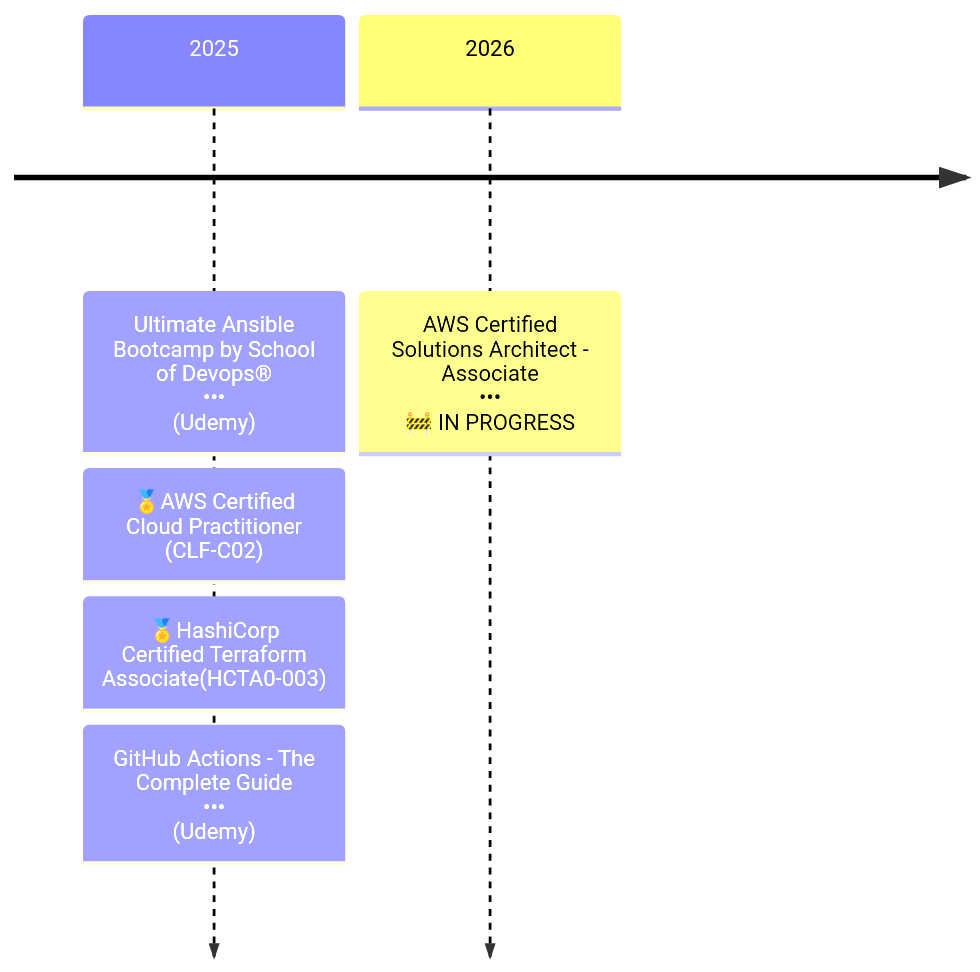
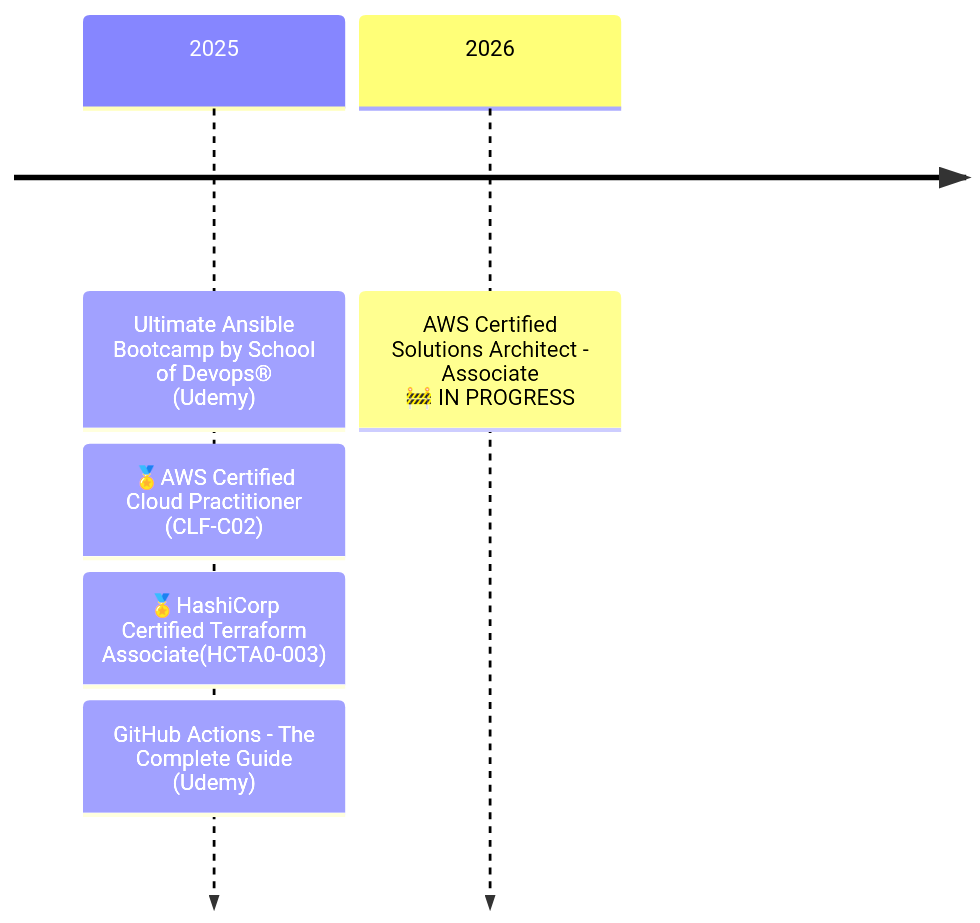
The diagram in content/about.md (rtdevx/rtdevx.github.io), drawn with Mermaid before and after one commit.

Commit message:
Obsidian sync: 2025-12-09 23:30:47

```diff
--- a/content/about.md
+++ b/content/about.md
@@ -63,8 +63,8 @@
 {{< mermaid >}}
 timeline
-    2025 : Ultimate Ansible Bootcamp by School of Devops®<br>•••<br>(Udemy)
+    2025 : Ultimate Ansible Bootcamp by School of Devops®<br>(Udemy)
          : 🏅AWS Certified Cloud Practitioner (CLF-C02)
          : 🏅HashiCorp Certified Terraform Associate(HCTA0-003)
-         : GitHub Actions - The Complete Guide<br>•••<br>(Udemy)
-    2026 : AWS Certified Solutions Architect - Associate<br>•••<br>🚧 IN PROGRESS
+         : GitHub Actions - The Complete Guide<br>(Udemy)
+    2026 : AWS Certified Solutions Architect - Associate<br>🚧 IN PROGRESS
 {{< /mermaid >}}
```
